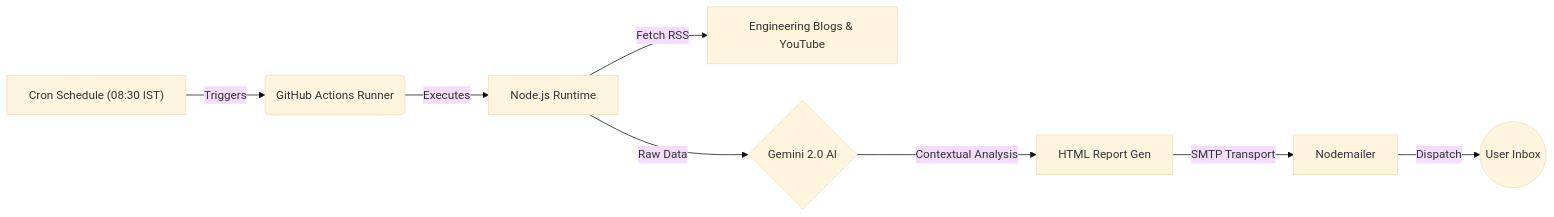
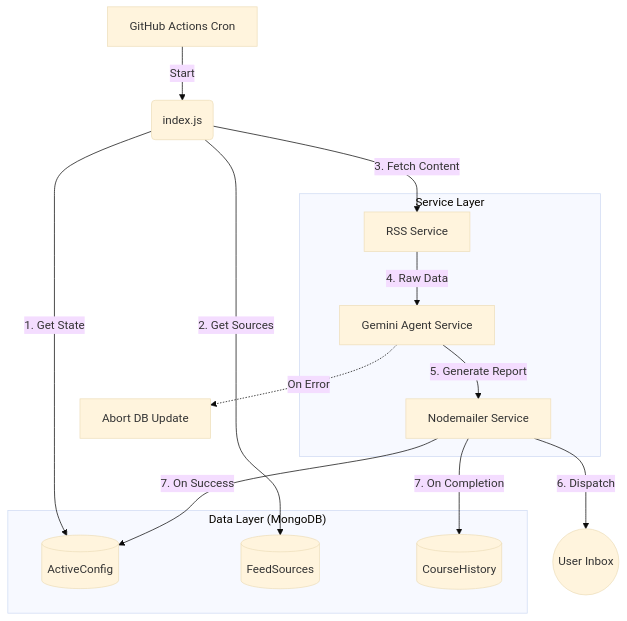
Before and after one commit to YashashavGoyal/topic-master: the diagram in README.md, drawn with Mermaid (base theme). The commit also changed other lines of this file and 12 other files, not shown here.

````diff
--- a/README.md
+++ b/README.md
@@ -19,10 +19,28 @@
 ```mermaid
-graph LR
-    A["Cron Schedule (08:30 IST)"] -->|Triggers| B("GitHub Actions Runner")
-    B -->|Executes| C["Node.js Runtime"]
-    C -->|Fetch RSS| D["Engineering Blogs & YouTube"]
-    C -->|Raw Data| E{"Gemini 2.0 AI"}
-    E -->|Contextual Analysis| F["HTML Report Gen"]
-    F -->|SMTP Transport| G["Nodemailer"]
-    G -->|Dispatch| H(("User Inbox"))
+graph TD
+    Trigger[GitHub Actions Cron] -->|Start| Orchestrator(index.js)
+    
+    subgraph "Data Layer (MongoDB)"
+        DB1[(ActiveConfig)]
+        DB2[(FeedSources)]
+        DB3[(CourseHistory)]
+    end
+
+    subgraph "Service Layer"
+        Fetcher[RSS Service]
+        AI[Gemini Agent Service]
+        Email[Nodemailer Service]
+    end
+
+    Orchestrator -->|1. Get State| DB1
+    Orchestrator -->|2. Get Sources| DB2
+    Orchestrator -->|3. Fetch Content| Fetcher
+    Fetcher -->|4. Raw Data| AI
+    AI -->|5. Generate Report| Email
+    Email -->|6. Dispatch| User((User Inbox))
+    
+    %% Transactional Logic
+    Email -->|7. On Success| DB1
+    Email -->|7. On Completion| DB3
+    AI -.->|On Error| Rollback[Abort DB Update]
 ```
````
